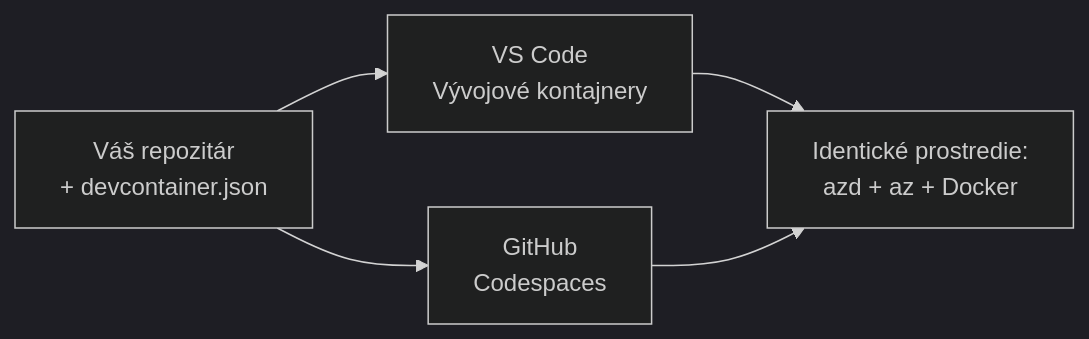
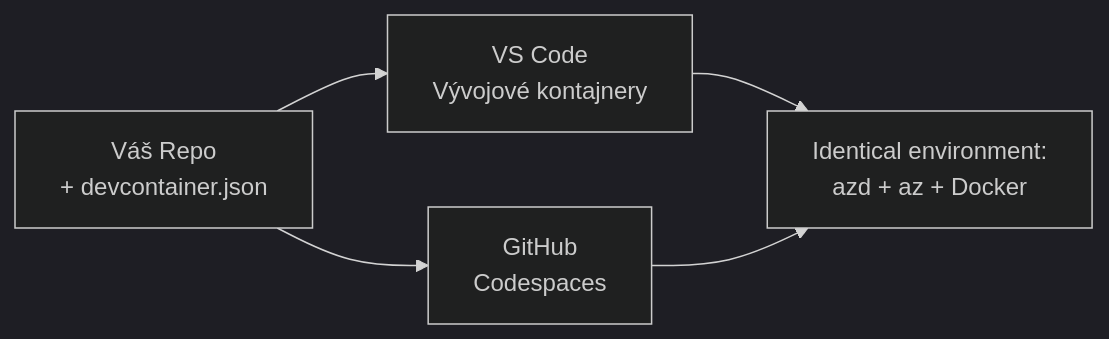
Before and after one commit to microsoft/AZD-for-beginners: the diagram in translations/sk/docs/chapter-01-foundation/dev-containers.md, drawn with Mermaid (dark theme). The commit also changed other lines of this file and 59 other files, not shown here.

````diff
--- a/translations/sk/docs/chapter-01-foundation/dev-containers.md
+++ b/translations/sk/docs/chapter-01-foundation/dev-containers.md
@@ -41,7 +41,7 @@
 ```mermaid
 graph LR
-    Repo[Váš repozitár<br/>+ devcontainer.json] --> VSCode[VS Code<br/>Vývojové kontajnery]
+    Repo[Váš Repo<br/>+ devcontainer.json] --> VSCode[VS Code<br/>Vývojové kontajnery]
     Repo --> Codespaces[GitHub<br/>Codespaces]
-    VSCode --> Env[Identické prostredie:<br/>azd + az + Docker]
+    VSCode --> Env[Identical environment:<br/>azd + az + Docker]
     Codespaces --> Env
 ```
````
